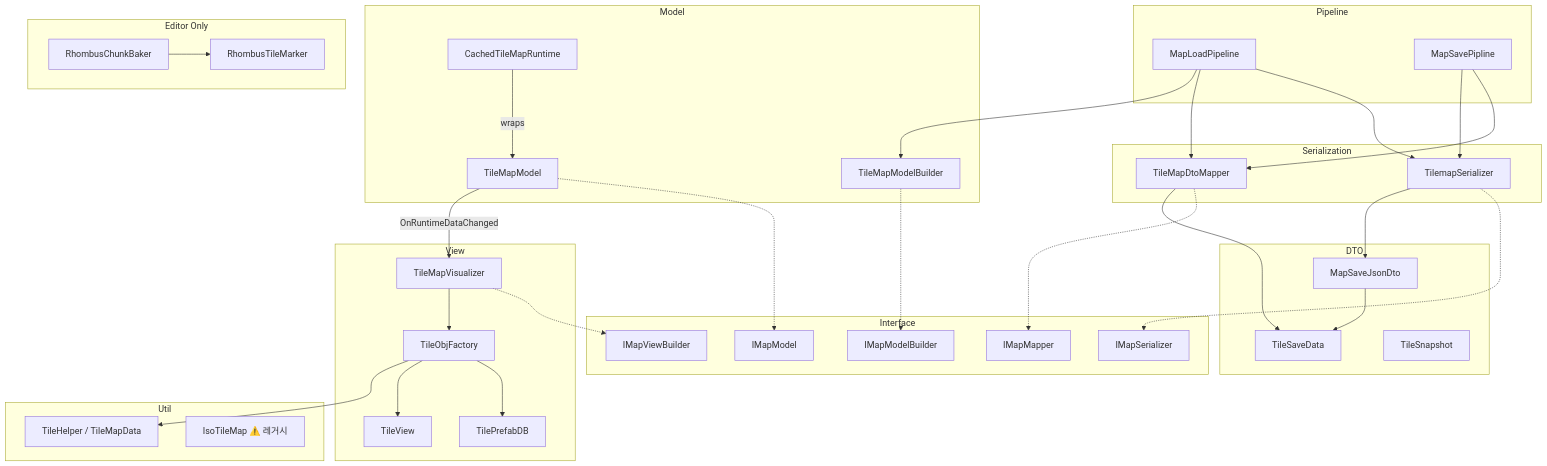
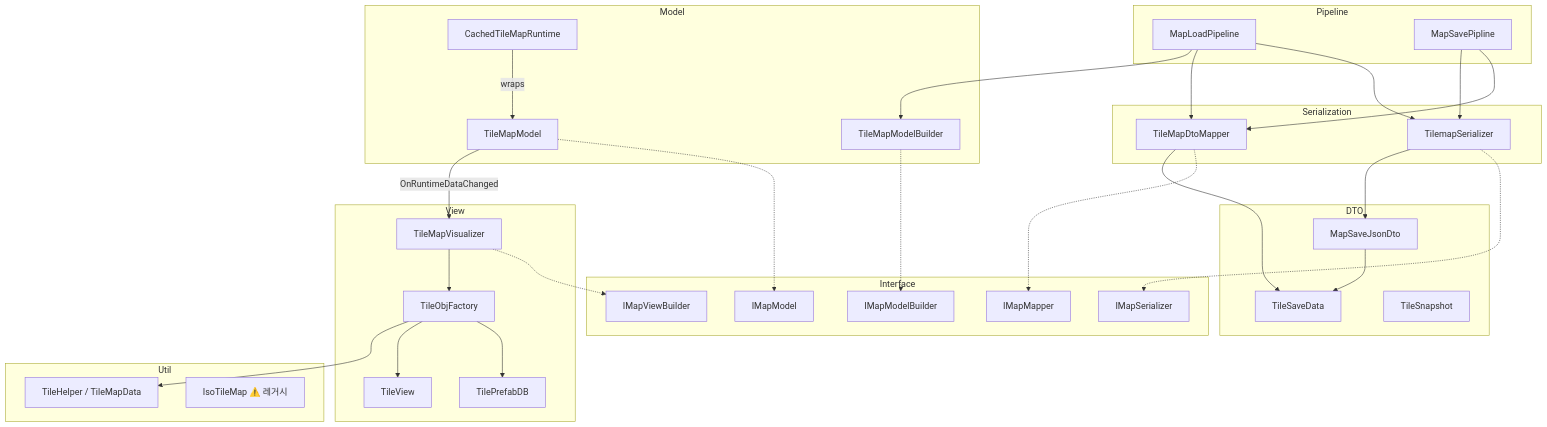
The diagram in Assets/Dist/Scripts/Map/TileMap/TILEMAP.md (garunnir/Project_Pictureless), drawn with Mermaid before and after one commit. The commit also changed other lines of this file and 50 other files, not shown here.

````diff
--- a/Assets/Dist/Scripts/Map/TileMap/TILEMAP.md
+++ b/Assets/Dist/Scripts/Map/TileMap/TILEMAP.md
@@ -5,70 +5,64 @@
 ```mermaid
 graph TD
     subgraph Interface
         IModel[IMapModel]
         IView[IMapViewBuilder]
         ISerial[IMapSerializer]
         IMap[IMapMapper]
         IBuilder[IMapModelBuilder]
     end
 
     subgraph DTO
         JsonDto[MapSaveJsonDto]
         TileSave[TileSaveData]
         Snapshot[TileSnapshot]
         JsonDto --> TileSave
     end
 
     subgraph Model
         TileModel[TileMapModel]
         Builder[TileMapModelBuilder]
         Cached[CachedTileMapRuntime]
         TileModel -.-> IModel
         Builder -.-> IBuilder
         Cached -->|wraps| TileModel
     end
 
     subgraph Serialization
         Serializer[TilemapSerializer]
         Mapper[TileMapDtoMapper]
         Serializer -.-> ISerial
         Mapper -.-> IMap
         Serializer --> JsonDto
         Mapper --> TileSave
     end
 
     subgraph Pipeline
         LoadPipe[MapLoadPipeline]
         SavePipe[MapSavePipline]
         LoadPipe --> Serializer
         LoadPipe --> Mapper
         LoadPipe --> Builder
         SavePipe --> Mapper
         SavePipe --> Serializer
     end
 
     subgraph View
         Visualizer[TileMapVisualizer]
         Factory[TileObjFactory]
         PrefabDB[TilePrefabDB]
         TileView[TileView]
         Visualizer -.-> IView
         Visualizer --> Factory
         Factory --> PrefabDB
         Factory --> TileView
     end
 
     subgraph Util
         TileHelper[TileHelper / TileMapData]
         IsoTileMap[IsoTileMap ⚠️ 레거시]
     end
 
-    subgraph EditorOnly["Editor Only"]
-        Baker[RhombusChunkBaker]
-        Marker[RhombusTileMarker]
-        Baker --> Marker
-    end
-
     TileModel -- "OnRuntimeDataChanged" --> Visualizer
     Factory --> TileHelper
 ```
````
